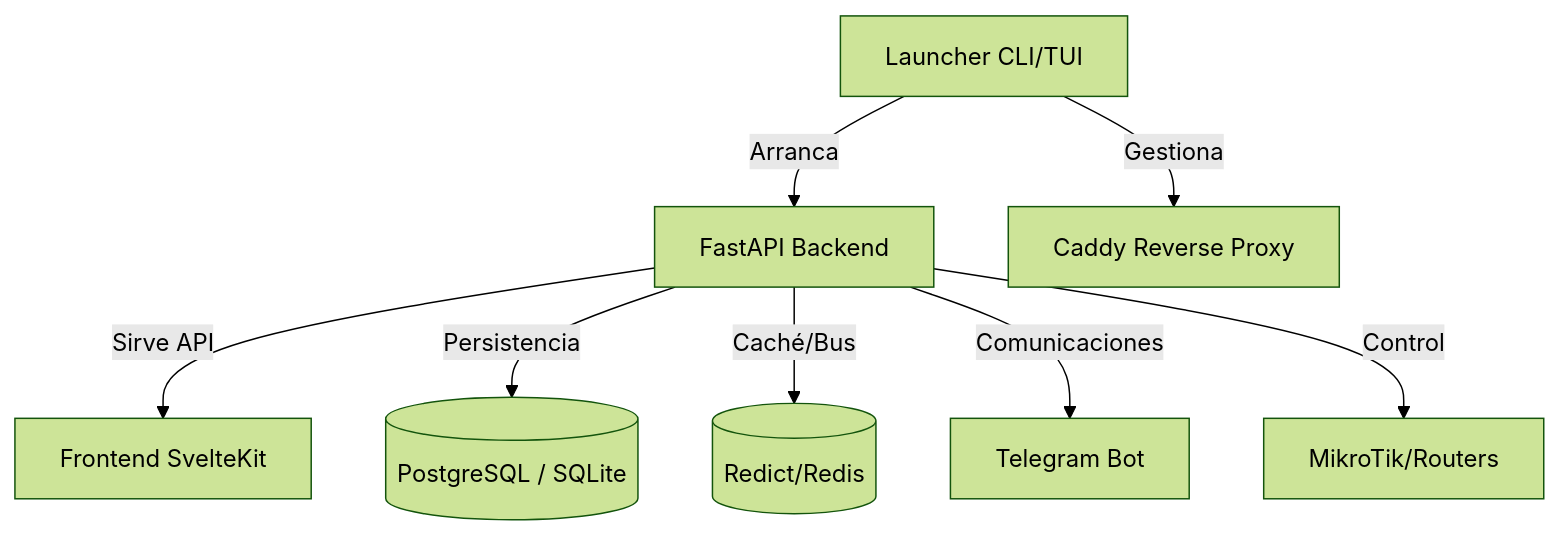
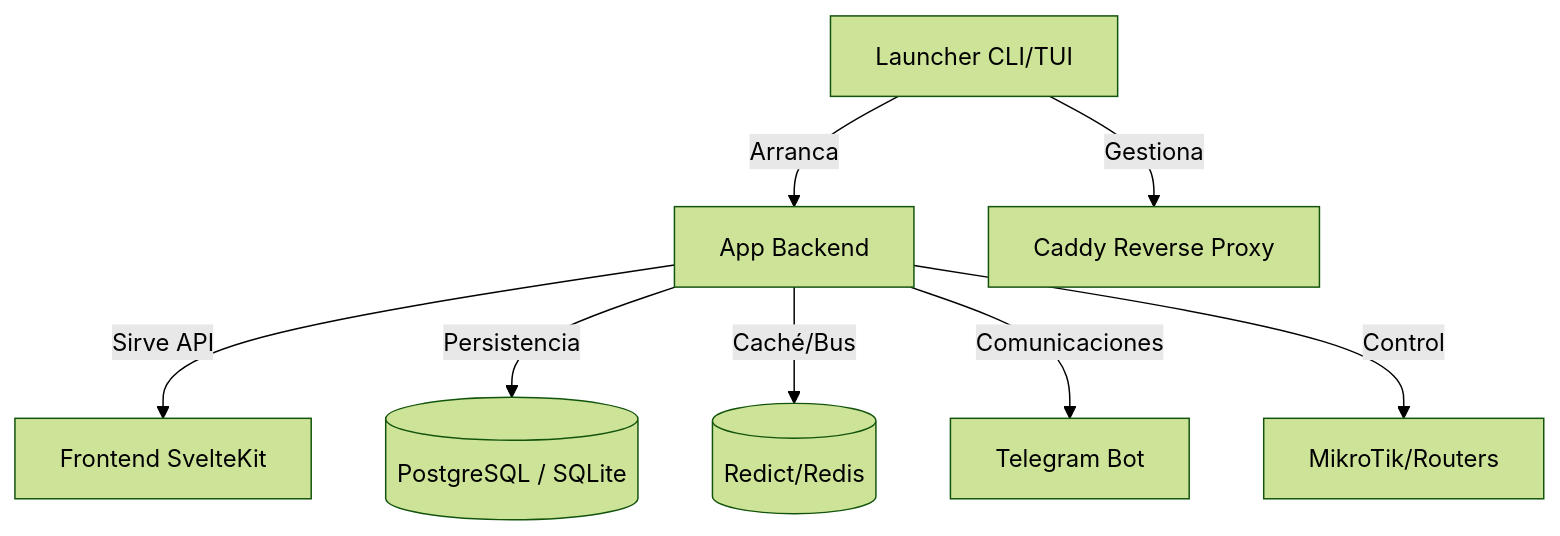
One commit to kaber420/mikroisp-manager changed the diagram in MAP.md. Above: the diagram before and after it, drawn with Mermaid (forest theme). The commit also changed other lines of this file and 1 other file, not shown here.

````diff
--- a/MAP.md
+++ b/MAP.md
@@ -9,10 +9,10 @@
 ```mermaid
 graph TD
-    A[Launcher CLI/TUI] -->|Arranca| B[FastAPI Backend]
+    A[Launcher CLI/TUI] -->|Arranca| B[App Backend]
     A -->|Gestiona| C[Caddy Reverse Proxy]
     B -->|Sirve API| D[Frontend SvelteKit]
     B -->|Persistencia| E[(PostgreSQL / SQLite)]
     B -->|Caché/Bus| F[(Redict/Redis)]
     B -->|Comunicaciones| G[Telegram Bot]
     B -->|Control| H[MikroTik/Routers]
 ```
````
